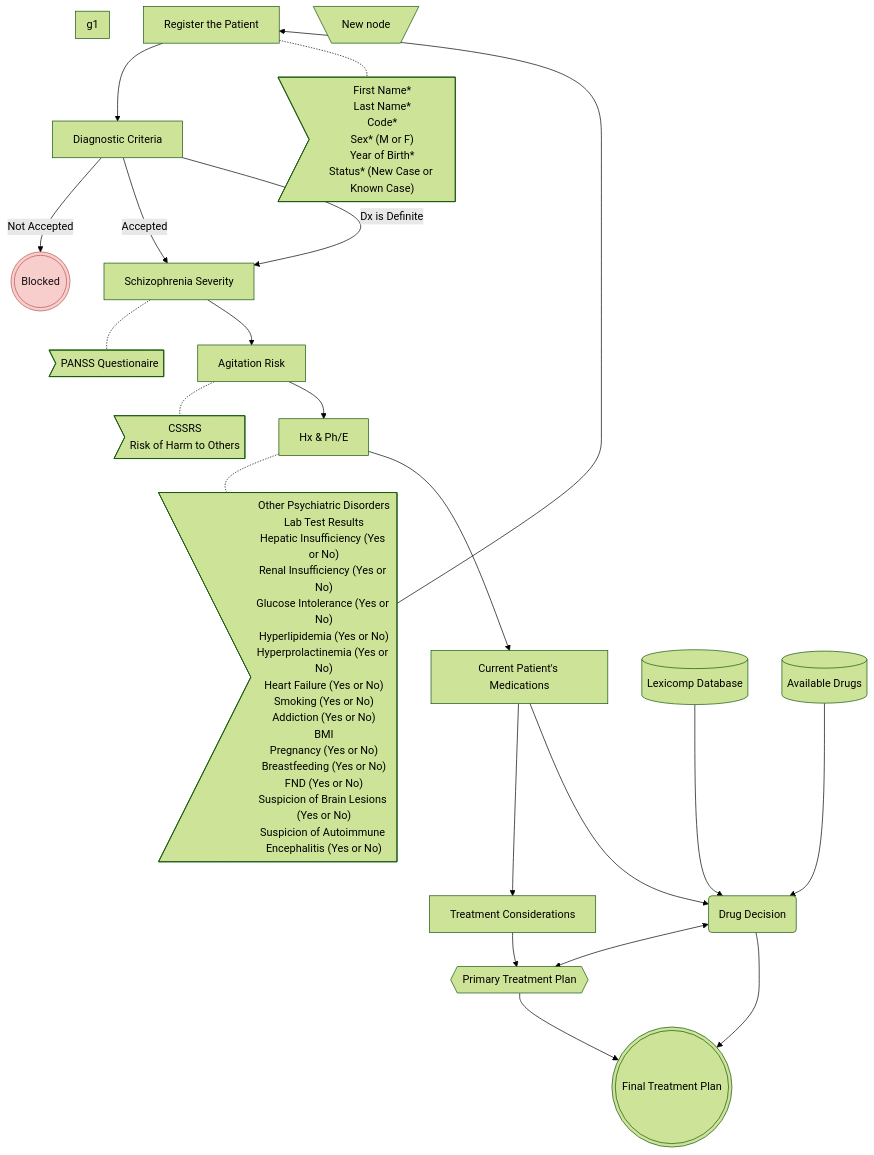
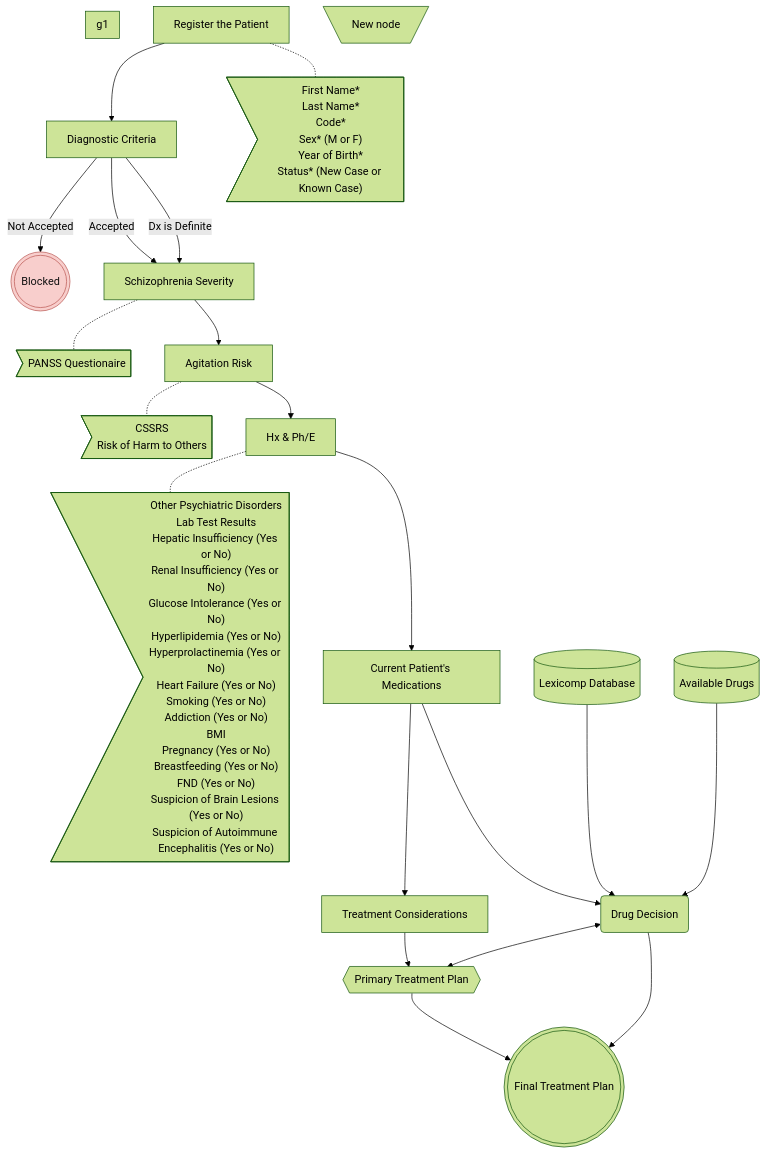
One commit to a-rastin/X changed the diagram in project-documents/Add-New-Patient.mmd. Above: the diagram before and after it, drawn with Mermaid (forest theme). The commit also changed 13 other files, not shown here.

```diff
--- a/project-documents/Add-New-Patient.mmd
+++ b/project-documents/Add-New-Patient.mmd
@@ -1,48 +1,47 @@
 flowchart TB
   a["Register the Patient"]
   b["Diagnostic Criteria"]
   n1>"First Name*<br>Last Name*<br>Code*<br>Sex* (M or F)<br>Year of Birth*<br>Status* (New Case or Known Case)"]
   n2>"PANSS Questionaire"]
   n3[\"New node"/]
   n4((("Blocked")))
   n5["Schizophrenia Severity"]
   n6["Agitation Risk"]
   n7>"CSSRS<br>Risk of Harm to Others"]
   n8["Hx & Ph/E"]
   n9>"Other Psychiatric Disorders<br>Lab Test Results<br>Hepatic Insufficiency (Yes or No)<br>Renal Insufficiency (Yes or No)<br>Glucose Intolerance (Yes or No)<br>Hyperlipidemia (Yes or No)<br>Hyperprolactinemia (Yes or No)<br>Heart Failure (Yes or No)<br>Smoking (Yes or No)<br>Addiction (Yes or No)<br>BMI<br>Pregnancy (Yes or No)<br>Breastfeeding (Yes or No)<br>FND (Yes or No)<br>Suspicion of Brain Lesions (Yes or No)<br>Suspicion of Autoimmune Encephalitis (Yes or No)"]
   n10["Current Patient's Medications"]
   n11["Treatment Considerations"]
   n13{{"Primary Treatment Plan"}}
   n14((("Final Treatment Plan")))
   n15[("Lexicomp Database")]
   n16("Drug Decision")
   n17[("Available Drugs")]
   subgraph g1 ["g1"]
   end
 
   a --> b
   a -.- n1
   b -->|"Not Accepted"| n4
   b -->|"Accepted"| n5
   b -->|"Dx is Definite"| n5
   n5 -.- n2
   n5 --> n6
   n6 -.- n7
   n6 --> n8
   n8 -.- n9
   n8 --> n10
   n10 --> n11
   n11 --> n13
   n13 --> n14
-  n9 --> a
   n15 --> n16
   n17 --> n16
   n16 <--> n13
   n16 --> n14
   n10 --> n16
 
   style n4 fill:#f8cecc,stroke:#b85450,color:#111111
 
 %% graph:positions {"g1":{"x":-168,"y":-264,"w":340,"h":240},"a":{"x":12,"y":12},"b":{"x":12,"y":136},"n1":{"x":240,"y":-12,"w":220,"h":102},"n2":{"x":240,"y":300},"n3":{"x":-304,"y":528},"n4":{"x":-240,"y":111},"n5":{"x":12,"y":300},"n6":{"x":12,"y":426},"n7":{"x":240,"y":426},"n8":{"x":12,"y":552},"n9":{"x":420,"y":468,"w":304,"h":222},"n10":{"x":12,"y":672},"n11":{"x":12,"y":792},"n13":{"x":12,"y":912},"n14":{"x":44,"y":1020},"n15":{"x":-328,"y":738},"n16":{"x":-240,"y":888},"n17":{"x":-492,"y":912}}
 %% graph:waypoints {"b>n5":[[13,210],[13,280]],"b>n5#1":[[173,210],[173,280]]}
 %% graph:edges {"b>n5":{"label":[0,-2]}}
```
